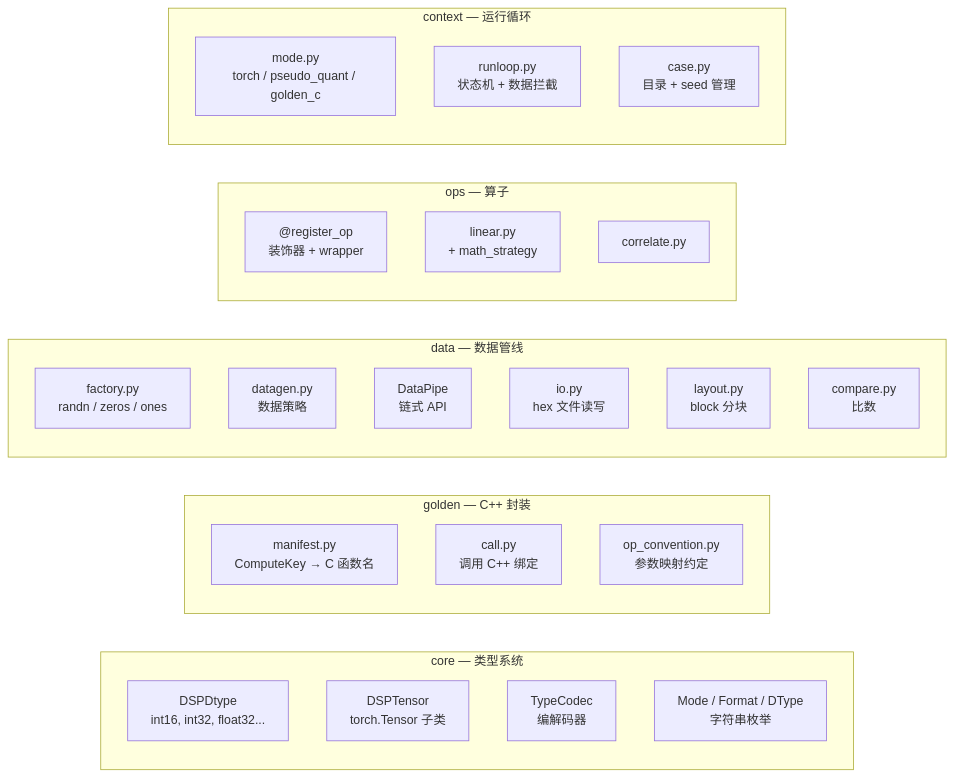
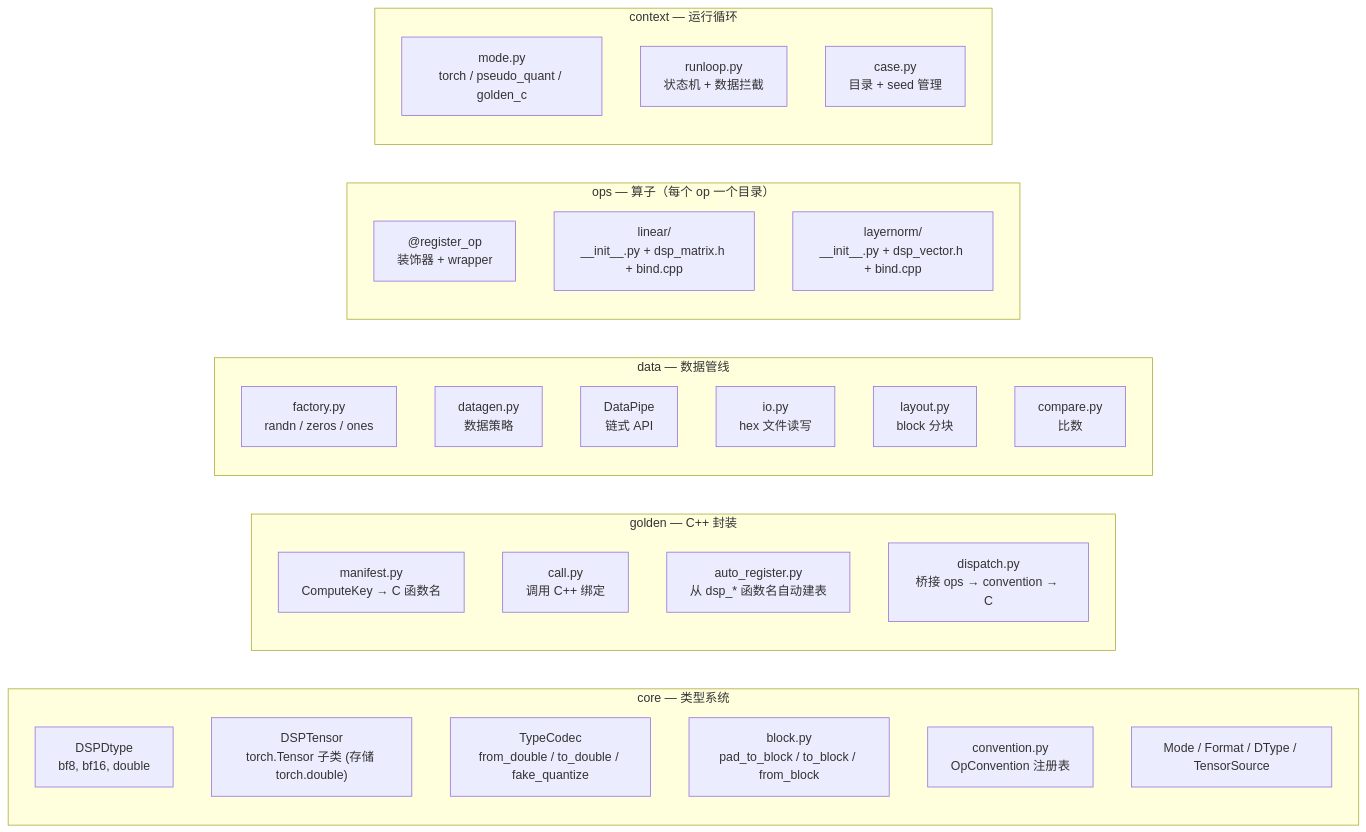
One commit to xshii/aihelper changed the second of 10 diagrams in projects/dsp-core/docs/architecture.md. Above: the diagram before and after it, drawn with Mermaid. The commit also changed other lines of this file and 94 other files, not shown here.

````diff
--- a/projects/dsp-core/docs/architecture.md
+++ b/projects/dsp-core/docs/architecture.md
@@ -44,36 +44,39 @@
 ```mermaid
 graph LR
     subgraph core ["core — 类型系统"]
-        dtype["DSPDtype<br/>int16, int32, float32..."]
-        tensor["DSPTensor<br/>torch.Tensor 子类"]
-        codec["TypeCodec<br/>编解码器"]
-        enums["Mode / Format / DType<br/>字符串枚举"]
+        dtype["DSPDtype<br/>bf8, bf16, double"]
+        tensor["DSPTensor<br/>torch.Tensor 子类 (存储 torch.double)"]
+        codec["TypeCodec<br/>from_double / to_double / fake_quantize"]
+        block["block.py<br/>pad_to_block / to_block / from_block"]
+        convention["convention.py<br/>OpConvention 注册表"]
+        enums["Mode / Format / DType / TensorSource"]
     end
 
     subgraph golden ["golden — C++ 封装"]
         manifest["manifest.py<br/>ComputeKey → C 函数名"]
         call["call.py<br/>调用 C++ 绑定"]
-        convention["op_convention.py<br/>参数映射约定"]
+        auto["auto_register.py<br/>从 dsp_* 函数名自动建表"]
+        dispatch["dispatch.py<br/>桥接 ops → convention → C"]
     end
 
     subgraph data ["data — 数据管线"]
         factory["factory.py<br/>randn / zeros / ones"]
         datagen["datagen.py<br/>数据策略"]
         pipe["DataPipe<br/>链式 API"]
         io["io.py<br/>hex 文件读写"]
         layout["layout.py<br/>block 分块"]
         compare["compare.py<br/>比数"]
     end
 
-    subgraph ops ["ops — 算子"]
+    subgraph ops ["ops — 算子（每个 op 一个目录）"]
         register["@register_op<br/>装饰器 + wrapper"]
-        linear["linear.py<br/>+ math_strategy"]
-        correlate["correlate.py"]
+        linear["linear/<br/>__init__.py + dsp_matrix.h + bind.cpp"]
+        layernorm["layernorm/<br/>__init__.py + dsp_vector.h + bind.cpp"]
     end
 
     subgraph context ["context — 运行循环"]
         mode["mode.py<br/>torch / pseudo_quant / golden_c"]
         runloop["runloop.py<br/>状态机 + 数据拦截"]
         case["case.py<br/>目录 + seed 管理"]
     end
 ```
````
